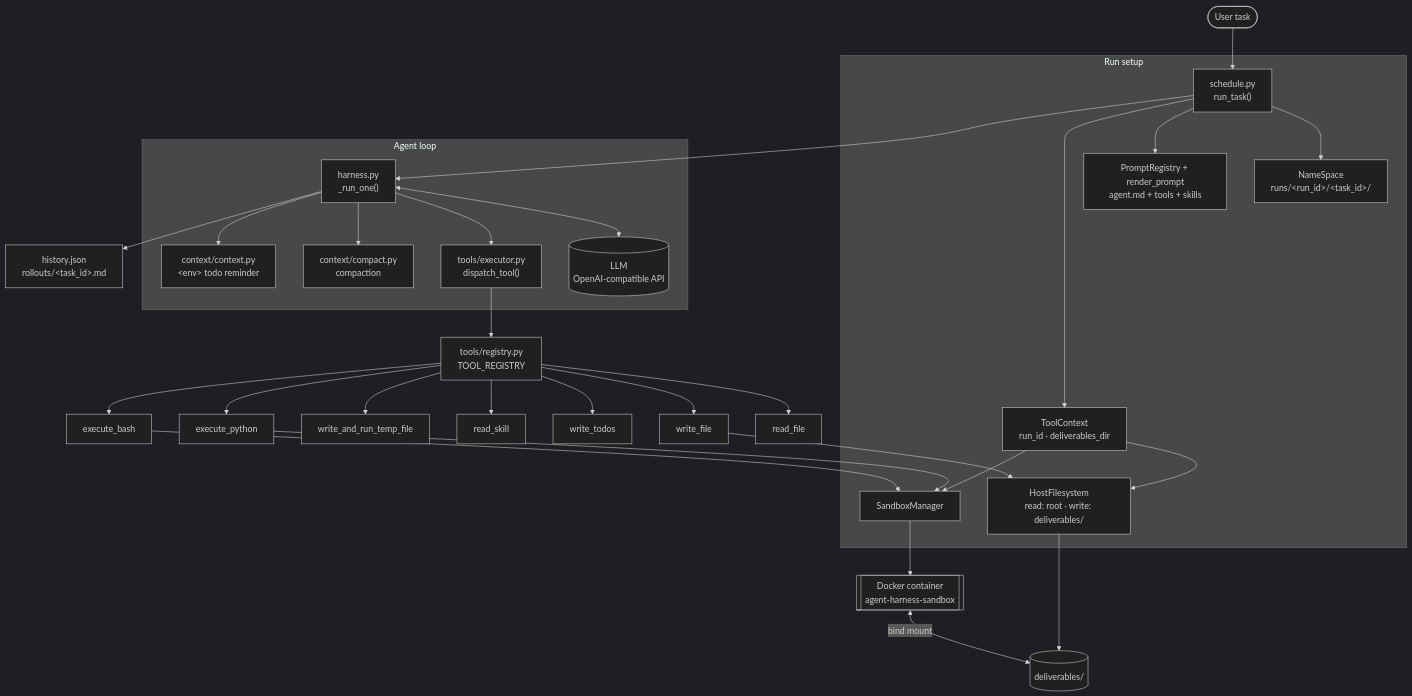
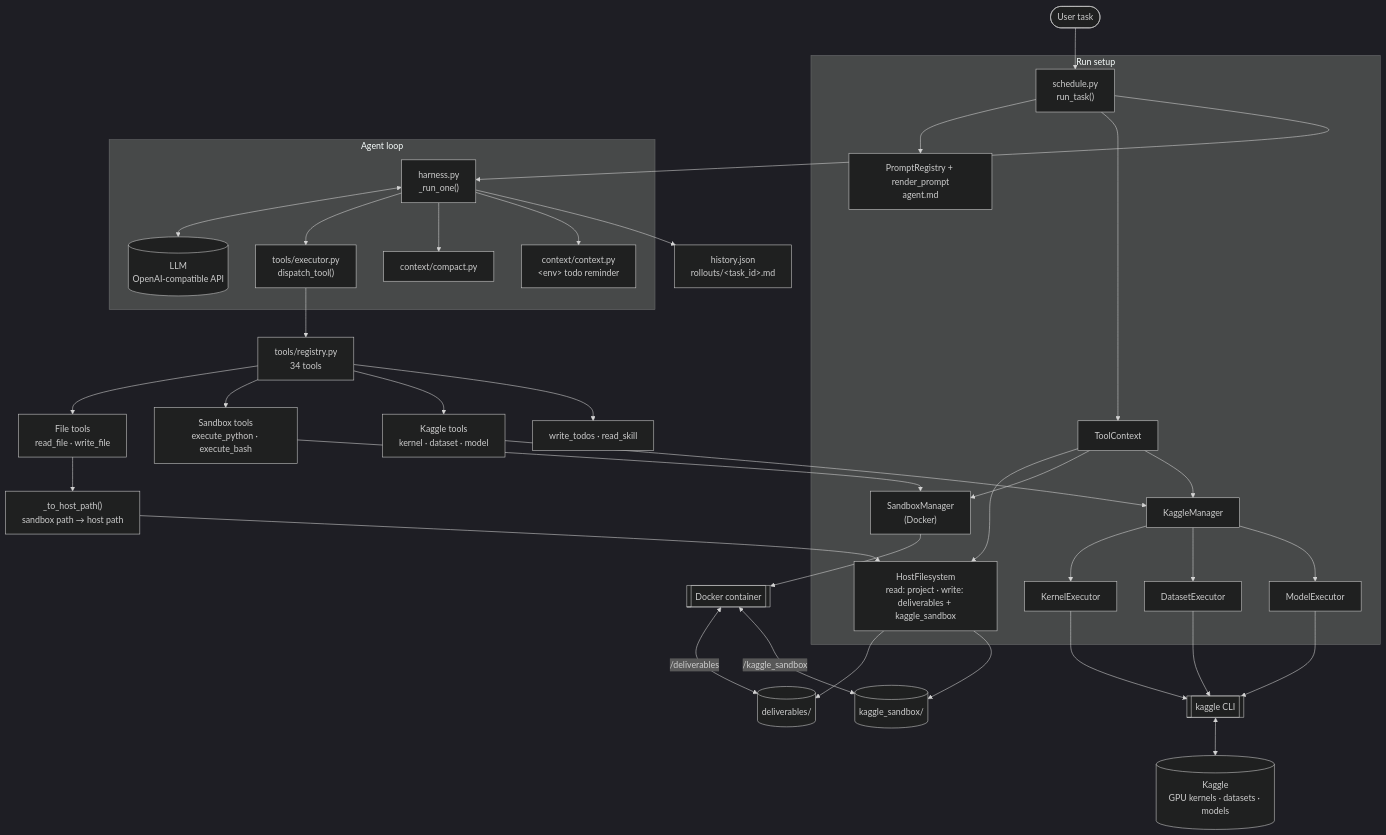
One commit to NBTailee/agent-harness changed the first of 8 diagrams in README.md. Above: the diagram before and after it, drawn with Mermaid (dark theme). The commit also changed other lines of this file and 19 other files, not shown here.

````diff
--- a/README.md
+++ b/README.md
@@ -26,39 +31,44 @@
 ```mermaid
 flowchart TB
     User([User task]) --> Schedule["schedule.py<br/>run_task()"]
 
     subgraph Setup["Run setup"]
-        Schedule --> NS["NameSpace<br/>runs/&lt;run_id&gt;/&lt;task_id&gt;/"]
-        Schedule --> Prompt["PromptRegistry + render_prompt<br/>agent.md + tools + skills"]
-        Schedule --> Ctx["ToolContext<br/>run_id · deliverables_dir"]
-        Ctx --> HostFS["HostFilesystem<br/>read: root · write: deliverables/"]
-        Ctx --> SBM["SandboxManager"]
+        Schedule --> Prompt["PromptRegistry + render_prompt<br/>agent.md"]
+        Schedule --> Ctx["ToolContext"]
+        Ctx --> HostFS["HostFilesystem<br/>read: project · write: deliverables + kaggle_sandbox"]
+        Ctx --> SBM["SandboxManager<br/>(Docker)"]
+        Ctx --> KM["KaggleManager"]
+        KM --> KE["KernelExecutor"]
+        KM --> DE["DatasetExecutor"]
+        KM --> ME["ModelExecutor"]
     end
 
     Schedule --> Loop["harness.py<br/>_run_one()"]
 
     subgraph Agent["Agent loop"]
         Loop <--> LLM[("LLM<br/>OpenAI-compatible API")]
         Loop --> Dispatch["tools/executor.py<br/>dispatch_tool()"]
-        Loop --> Compact["context/compact.py<br/>compaction"]
+        Loop --> Compact["context/compact.py"]
         Loop --> Reminder["context/context.py<br/>&lt;env&gt; todo reminder"]
     end
 
-    Dispatch --> Registry["tools/registry.py<br/>TOOL_REGISTRY"]
-    Registry --> T1[read_file]
-    Registry --> T2[write_file]
-    Registry --> T3[write_todos]
-    Registry --> T4[read_skill]
-    Registry --> T5[write_and_run_temp_file]
-    Registry --> T6[execute_python]
-    Registry --> T7[execute_bash]
+    Dispatch --> Registry["tools/registry.py<br/>34 tools"]
+    Registry --> FileT["File tools<br/>read_file · write_file"]
+    Registry --> ExecT["Sandbox tools<br/>execute_python · execute_bash"]
+    Registry --> KagT["Kaggle tools<br/>kernel · dataset · model"]
+    Registry --> MiscT["write_todos · read_skill"]
 
-    T2 --> HostFS
-    T6 --> SBM
-    T7 --> SBM
-    SBM --> Docker[["Docker container<br/>agent-harness-sandbox"]]
-    Docker <-->|bind mount| Deliv[(deliverables/)]
-    HostFS --> Deliv
+    FileT --> Paths["_to_host_path()<br/>sandbox path → host path"]
+    Paths --> HostFS
+    ExecT --> SBM
+    KagT --> KM
+    KE & DE & ME --> CLI[["kaggle CLI"]]
+    CLI <--> Kaggle[("Kaggle<br/>GPU kernels · datasets · models")]
+
+    SBM --> Docker[["Docker container"]]
+    Docker <-->|"/deliverables"| Deliv[(deliverables/)]
+    Docker <-->|"/kaggle_sandbox"| KS[(kaggle_sandbox/)]
+    HostFS --> Deliv & KS
 
     Loop --> Out["history.json<br/>rollouts/&lt;task_id&gt;.md"]
 ```
````
